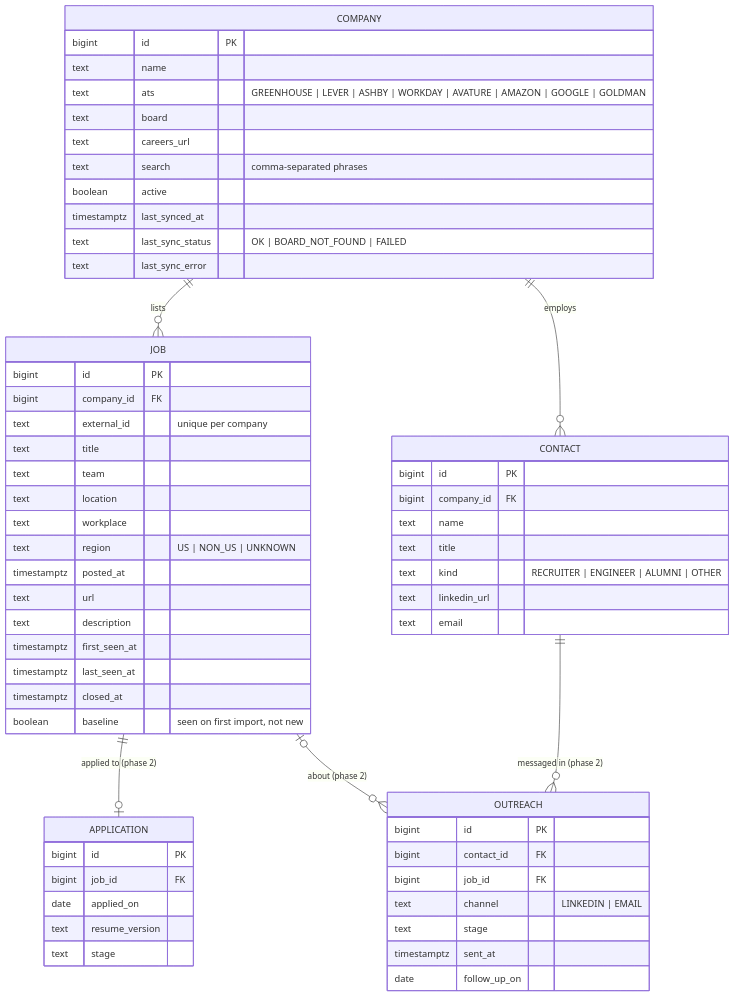
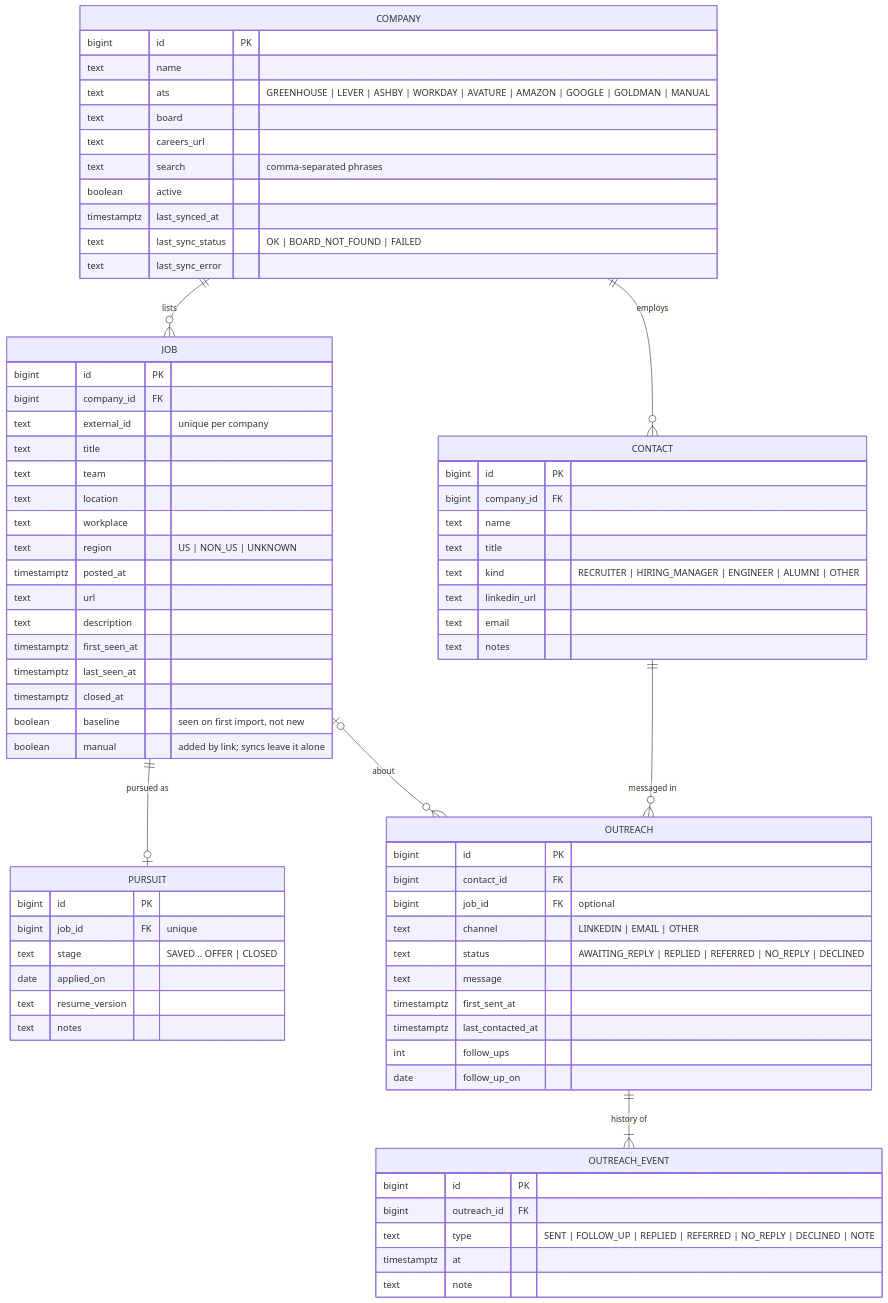
One commit to TechByChibuzo/job-search-assistant changed the fourth of 5 diagrams in docs/architecture.md. Above: the diagram before and after it, drawn with Mermaid. The commit also changed other lines of this file and 2 other files, not shown here.

Commit message:
docs: tracker design, real data model, phase 2 done

````diff
--- a/docs/architecture.md
+++ b/docs/architecture.md
@@ -209,63 +209,77 @@
 ```mermaid
 erDiagram
     COMPANY ||--o{ JOB : lists
     COMPANY ||--o{ CONTACT : employs
-    JOB ||--o| APPLICATION : "applied to (phase 2)"
-    CONTACT ||--o{ OUTREACH : "messaged in (phase 2)"
-    JOB |o--o{ OUTREACH : "about (phase 2)"
+    JOB ||--o| PURSUIT : "pursued as"
+    CONTACT ||--o{ OUTREACH : "messaged in"
+    JOB |o--o{ OUTREACH : about
+    OUTREACH ||--|{ OUTREACH_EVENT : "history of"
 
     COMPANY {
         bigint id PK
         text name
-        text ats "GREENHOUSE | LEVER | ASHBY | WORKDAY | AVATURE | AMAZON | GOOGLE | GOLDMAN"
+        text ats "GREENHOUSE | LEVER | ASHBY | WORKDAY | AVATURE | AMAZON | GOOGLE | GOLDMAN | MANUAL"
         text board
         text careers_url
         text search "comma-separated phrases"
         boolean active
         timestamptz last_synced_at
         text last_sync_status "OK | BOARD_NOT_FOUND | FAILED"
         text last_sync_error
     }
     JOB {
         bigint id PK
         bigint company_id FK
         text external_id "unique per company"
         text title
         text team
         text location
         text workplace
         text region "US | NON_US | UNKNOWN"
         timestamptz posted_at
         text url
         text description
         timestamptz first_seen_at
         timestamptz last_seen_at
         timestamptz closed_at
         boolean baseline "seen on first import, not new"
+        boolean manual "added by link; syncs leave it alone"
     }
     CONTACT {
         bigint id PK
         bigint company_id FK
         text name
         text title
-        text kind "RECRUITER | ENGINEER | ALUMNI | OTHER"
+        text kind "RECRUITER | HIRING_MANAGER | ENGINEER | ALUMNI | OTHER"
         text linkedin_url
         text email
+        text notes
+    }
+    PURSUIT {
+        bigint id PK
+        bigint job_id FK "unique"
+        text stage "SAVED .. OFFER | CLOSED"
+        date applied_on
+        text resume_version
+        text notes
     }
     OUTREACH {
         bigint id PK
         bigint contact_id FK
-        bigint job_id FK
-        text channel "LINKEDIN | EMAIL"
-        text stage
-        timestamptz sent_at
+        bigint job_id FK "optional"
+        text channel "LINKEDIN | EMAIL | OTHER"
+        text status "AWAITING_REPLY | REPLIED | REFERRED | NO_REPLY | DECLINED"
+        text message
+        timestamptz first_sent_at
+        timestamptz last_contacted_at
+        int follow_ups
         date follow_up_on
     }
-    APPLICATION {
+    OUTREACH_EVENT {
         bigint id PK
-        bigint job_id FK
-        date applied_on
-        text resume_version
-        text stage
+        bigint outreach_id FK
+        text type "SENT | FOLLOW_UP | REPLIED | REFERRED | NO_REPLY | DECLINED | NOTE"
+        timestamptz at
+        text note
     }
 ```
````
